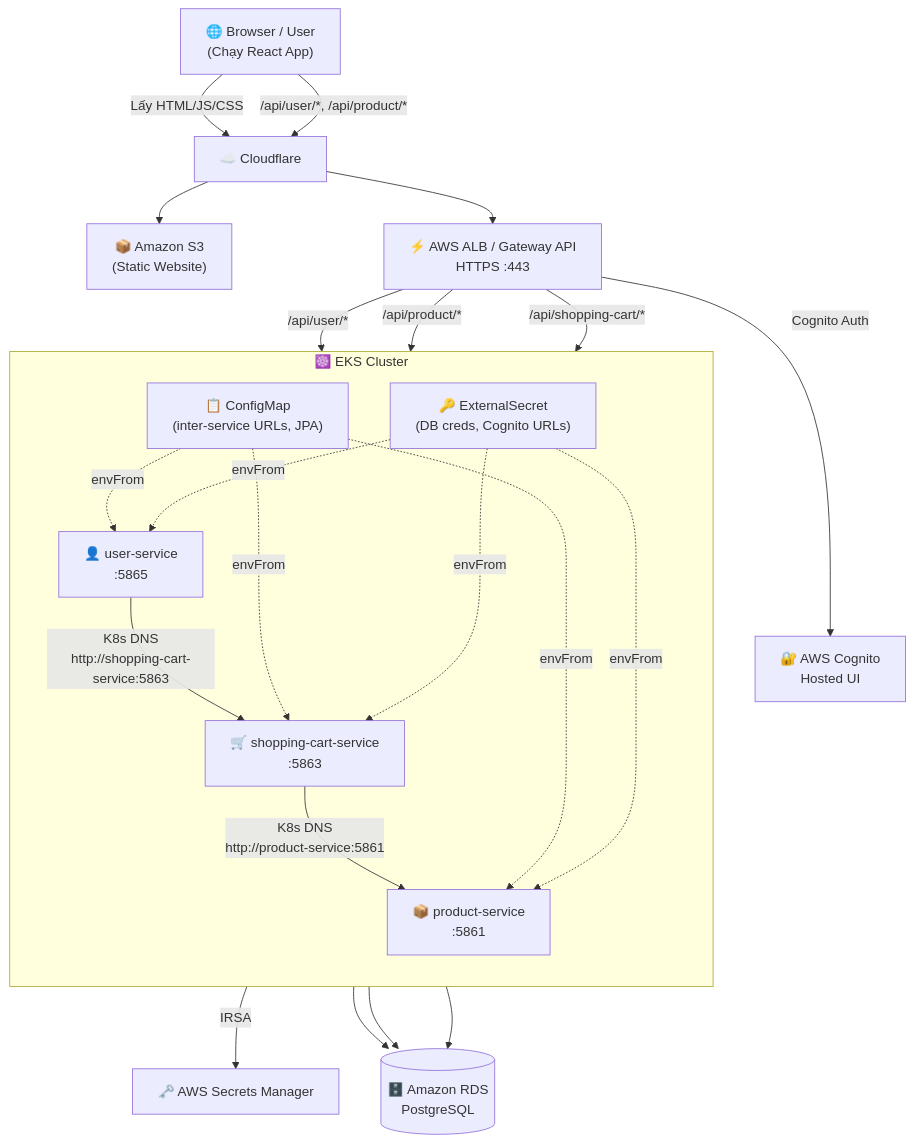
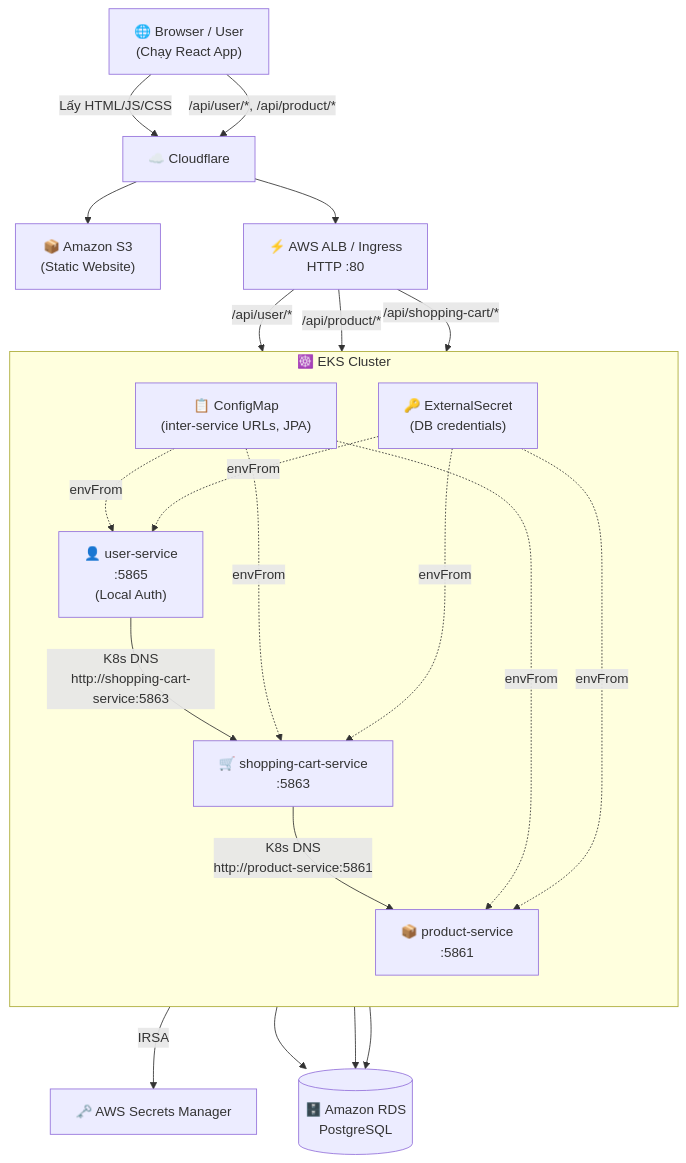
Before and after one commit to CollinsD61/ecom-shop: the diagram in SERVICE_COMMUNICATION.md, drawn with Mermaid. The commit also changed other lines of this file and 2 other files, not shown here.

Commit message:
Update documentation: remove all Cognito references, reflect local DB auth

````diff
--- a/SERVICE_COMMUNICATION.md
+++ b/SERVICE_COMMUNICATION.md
@@ -63,40 +62,38 @@
 ```mermaid
 graph TD
     Browser["🌐 Browser / User\n(Chạy React App)"]
     CF["☁️ Cloudflare"]
     S3["📦 Amazon S3\n(Static Website)"]
-    GW["⚡ AWS ALB / Gateway API\nHTTPS :443"]
-    Cognito["🔐 AWS Cognito\nHosted UI"]
+    GW["⚡ AWS ALB / Ingress\nHTTP :80"]
 
     subgraph EKS ["☸️ EKS Cluster"]
         direction TB
-        US["👤 user-service\n:5865"]
+        US["👤 user-service\n:5865\n(Local Auth)"]
         PS["📦 product-service\n:5861"]
         CS["🛒 shopping-cart-service\n:5863"]
         CM["📋 ConfigMap\n(inter-service URLs, JPA)"]
-        ES["🔑 ExternalSecret\n(DB creds, Cognito URLs)"]
+        ES["🔑 ExternalSecret\n(DB credentials)"]
     end
 
     SM["🗝️ AWS Secrets Manager"]
     DB[("🗄️ Amazon RDS\nPostgreSQL")]
 
     Browser -->|"Lấy HTML/JS/CSS"| CF
     CF --> S3
     
     Browser -->|"/api/user/*, /api/product/*"| CF
     CF --> GW
     
     GW -->|"/api/user/*"| US
     GW -->|"/api/product/*"| PS
     GW -->|"/api/shopping-cart/*"| CS
-    GW -->|"Cognito Auth"| Cognito
 
     CS -->|"K8s DNS\nhttp://product-service:5861"| PS
     US -->|"K8s DNS\nhttp://shopping-cart-service:5863"| CS
 
     ES -->|"IRSA"| SM
     CM -.->|"envFrom"| US & PS & CS
     ES -.->|"envFrom"| US & PS & CS
 
     US & PS & CS --> DB
 ```
````
